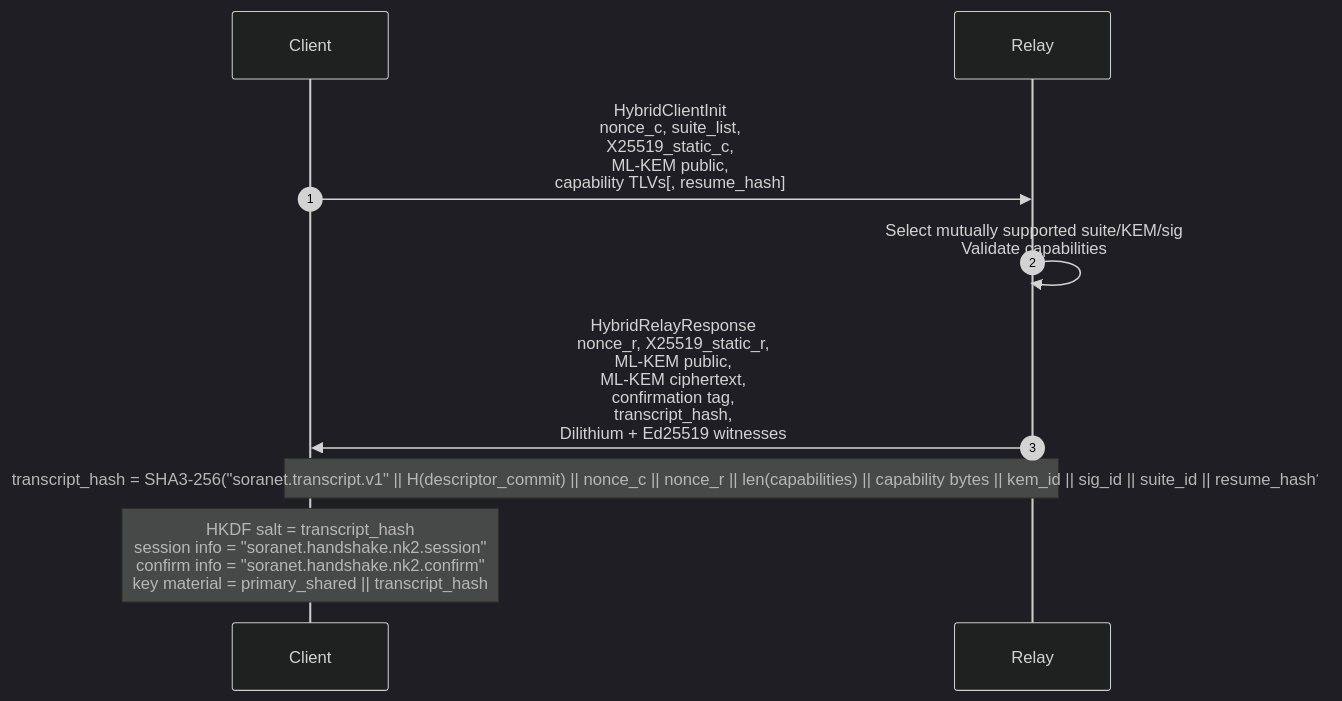
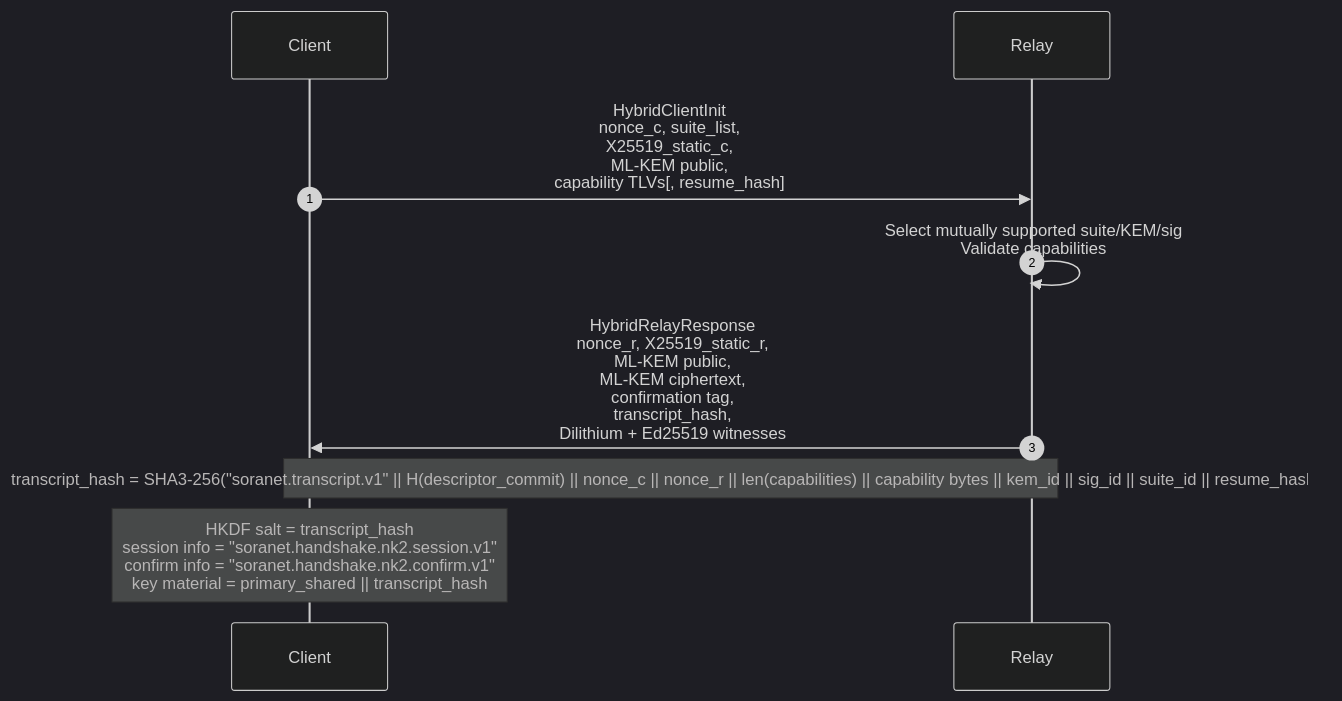
Before and after one commit to hyperledger-iroha/iroha: the first of 2 diagrams in docs/source/soranet_handshake.am.md, drawn with Mermaid (dark theme). The commit also changed other lines of this file and 188 other files, not shown here.

````diff
--- a/docs/source/soranet_handshake.am.md
+++ b/docs/source/soranet_handshake.am.md
@@ -558,12 +558,12 @@
 ```mermaid
 sequenceDiagram
     autonumber
     participant C as Client
     participant R as Relay
 
     C->>R: HybridClientInit<br/>nonce_c, suite_list,<br/>X25519_static_c,<br/>ML-KEM public,<br/>capability TLVs[, resume_hash]
     R->>R: Select mutually supported suite/KEM/sig<br/>Validate capabilities
     R->>C: HybridRelayResponse<br/>nonce_r, X25519_static_r,<br/>ML-KEM public,<br/>ML-KEM ciphertext,<br/>confirmation tag,<br/>transcript_hash,<br/>Dilithium + Ed25519 witnesses
     Note over C,R: transcript_hash = SHA3-256("soranet.transcript.v1" || H(descriptor_commit) || nonce_c || nonce_r || len(capabilities) || capability bytes || kem_id || sig_id || suite_id || resume_hash?)
-    Note over C: HKDF salt = transcript_hash<br/>session info = "soranet.handshake.nk2.session"<br/>confirm info = "soranet.handshake.nk2.confirm"<br/>key material = primary_shared || transcript_hash
+    Note over C: HKDF salt = transcript_hash<br/>session info = "soranet.handshake.nk2.session.v1"<br/>confirm info = "soranet.handshake.nk2.confirm.v1"<br/>key material = primary_shared || transcript_hash
 ```
````
